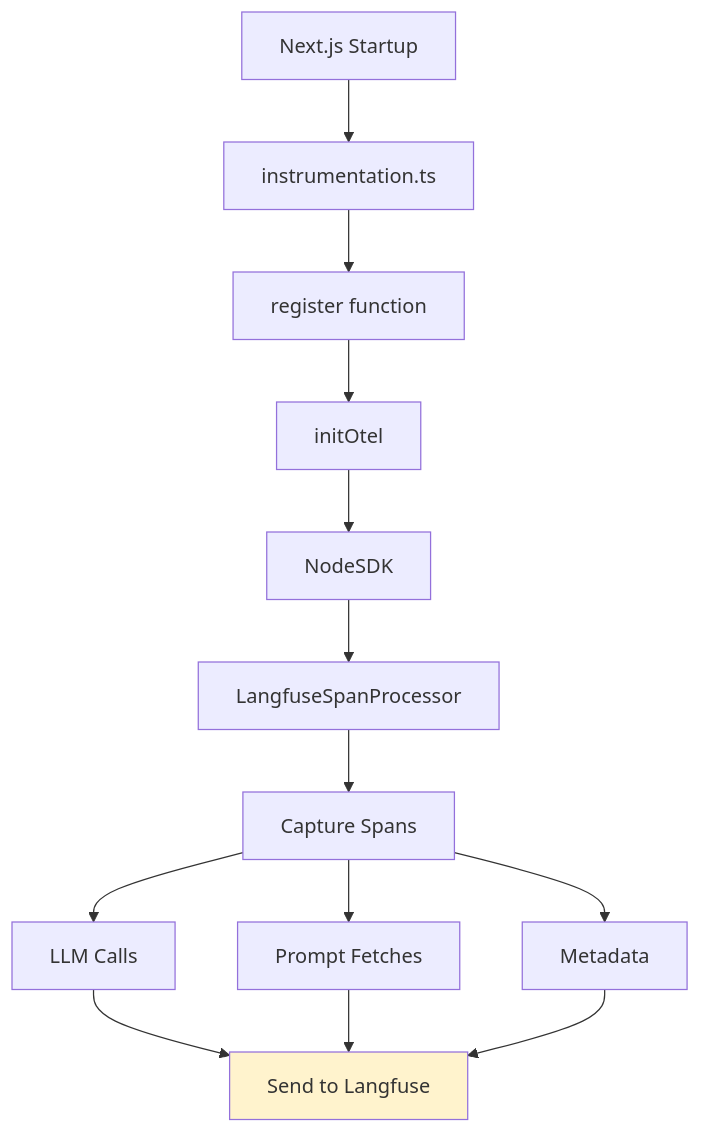
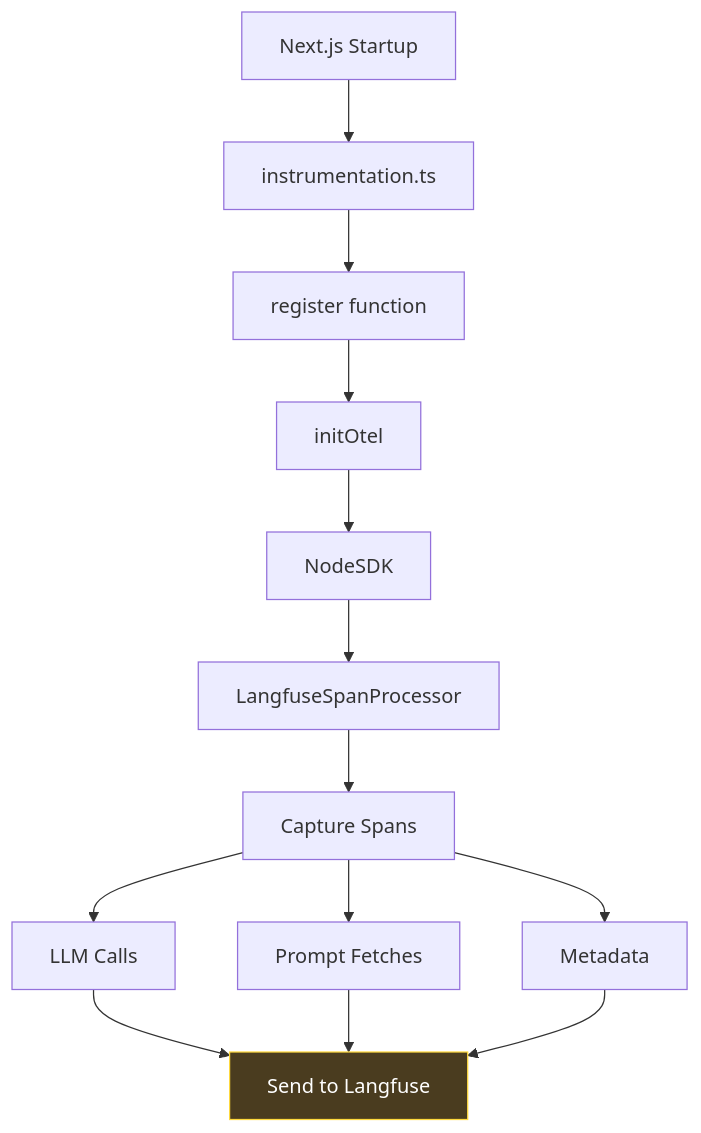
One commit to nicolad/vadim.blog changed the tenth of 10 diagrams in blog/2026/02-11-langfuse-features-prompts-tracing-scores-usage/index.md. Above: the diagram before and after it, drawn with Mermaid. The commit also changed other lines of this file and 1 other file, not shown here.

````diff
--- a/blog/2026/02-11-langfuse-features-prompts-tracing-scores-usage/index.md
+++ b/blog/2026/02-11-langfuse-features-prompts-tracing-scores-usage/index.md
@@ -606,20 +619,20 @@
 ```mermaid
 graph TD
     A[Next.js Startup] --> B[instrumentation.ts]
     B --> C[register function]
     C --> D[initOtel]
     
     D --> E[NodeSDK]
     E --> F[LangfuseSpanProcessor]
     
     F --> G[Capture Spans]
     G --> H[LLM Calls]
     G --> I[Prompt Fetches]
     G --> J[Metadata]
     
     H --> K[Send to Langfuse]
     I --> K
     J --> K
     
-    style K fill:#fff3cd
+    style K fill:#4a3c1f,stroke:#ffd93d,color:#fff
 ```
````
